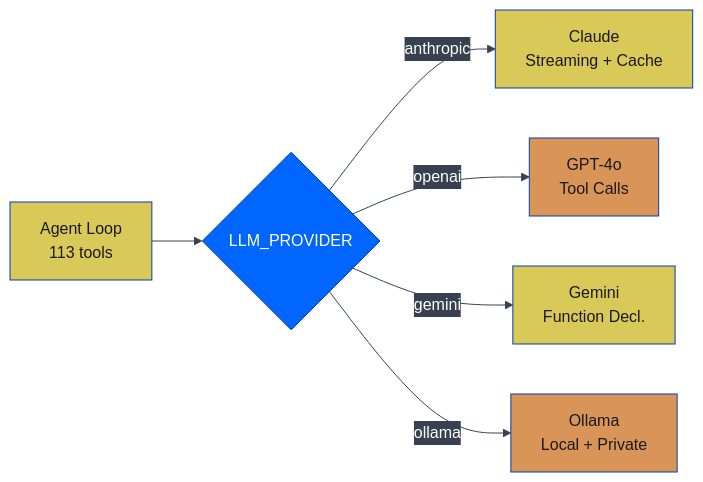
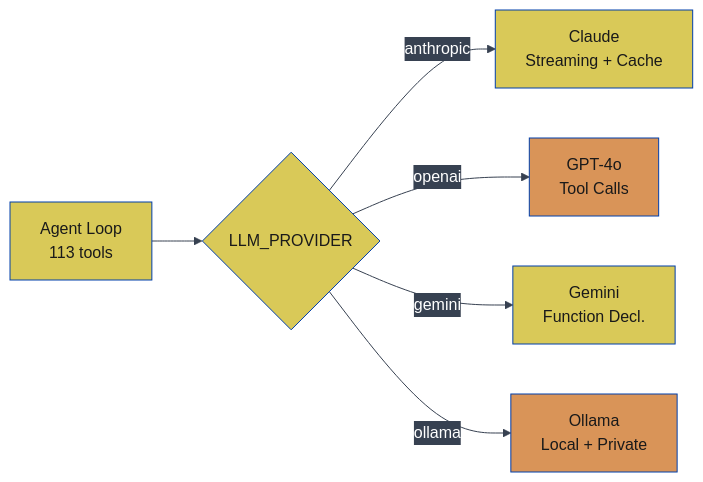
Before and after one commit to JosephOIbrahim/Comfy-Cozy: the fourth of 27 diagrams in README.md, drawn with Mermaid. The commit also changed other lines of this file, not shown here.

First line of the commit message:
[DOCS] Normalize mermaid palette: force two-tone orange/yellow with black text

````diff
--- a/README.md
+++ b/README.md
@@ -302,15 +305,16 @@
 ```mermaid
 %%{init: {'theme':'base','themeVariables': {'primaryColor':'#0066FF','primaryTextColor':'#ffffff','primaryBorderColor':'#003eaa','lineColor':'#374151','secondaryColor':'#374151','tertiaryColor':'#1f2937','fontFamily':'monospace'}}}%%
 graph LR
     Agent[Agent Loop<br/>113 tools] --> LLM{LLM_PROVIDER}
     LLM -->|anthropic| A["Claude<br/>Streaming + Cache"]
     LLM -->|openai| B["GPT-4o<br/>Tool Calls"]
     LLM -->|gemini| C["Gemini<br/>Function Decl."]
     LLM -->|ollama| D["Ollama<br/>Local + Private"]
 
     style Agent fill:#d9c958,color:#1a1a1a
     style A fill:#d9c958,color:#1a1a1a
     style B fill:#d99458,color:#1a1a1a
     style C fill:#d9c958,color:#1a1a1a
     style D fill:#d99458,color:#1a1a1a
+    style LLM fill:#d9c958,color:#1a1a1a
 ```
````
